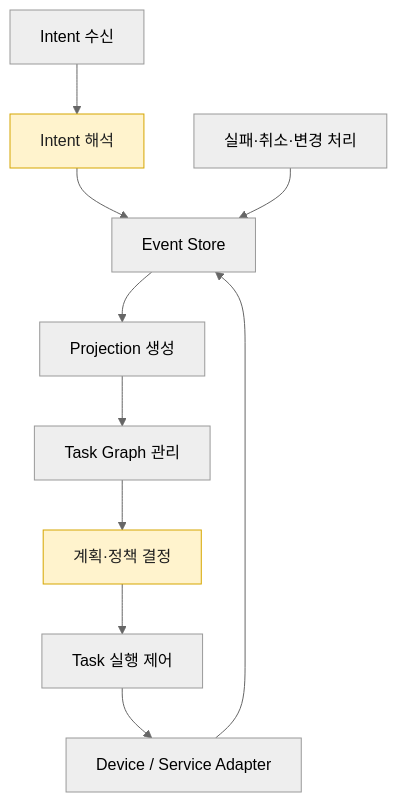
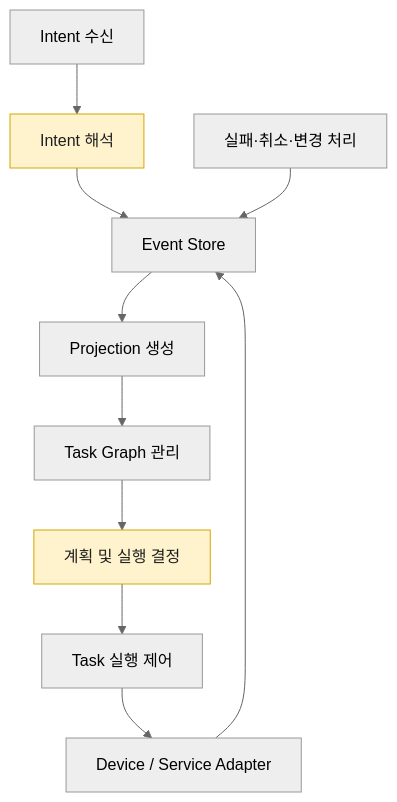
One commit to Sunwoo-Nam/architect-teamproject changed the third of 4 diagrams in docs/DP 후보안/DP11-Intent 실행 흐름의 상태 모델링 및 변경·복구 범위 관리 방식.md. Above: the diagram before and after it, drawn with Mermaid (neutral theme). The commit also changed other lines of this file, not shown here.

````diff
--- a/docs/DP 후보안/DP11-Intent 실행 흐름의 상태 모델링 및 변경·복구 범위 관리 방식.md
+++ b/docs/DP 후보안/DP11-Intent 실행 흐름의 상태 모델링 및 변경·복구 범위 관리 방식.md
@@ -89,17 +89,17 @@
 ```mermaid
 flowchart TB
     classDef llm fill:#fff3cd,stroke:#d6a600,color:#1f1f1f
 
     A["Intent 수신"] --> X["Intent 해석"]
     X --> B["Event Store"]
     B --> C["Projection 생성"]
     C --> D["Task Graph 관리"]
-    D --> F["계획·정책 결정"]
+    D --> F["계획 및 실행 결정"]
     F --> G["Task 실행 제어"]
     G --> H["Device / Service Adapter"]
     H --> B
 
     I["실패·취소·변경 처리"] --> B
 
     class X,F llm
 ```
````
